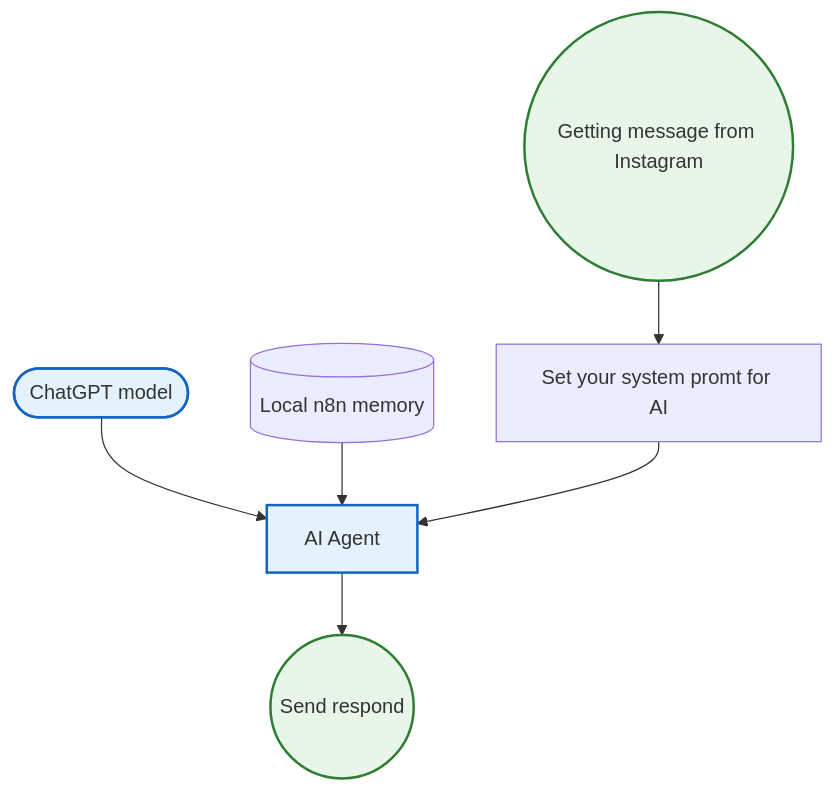
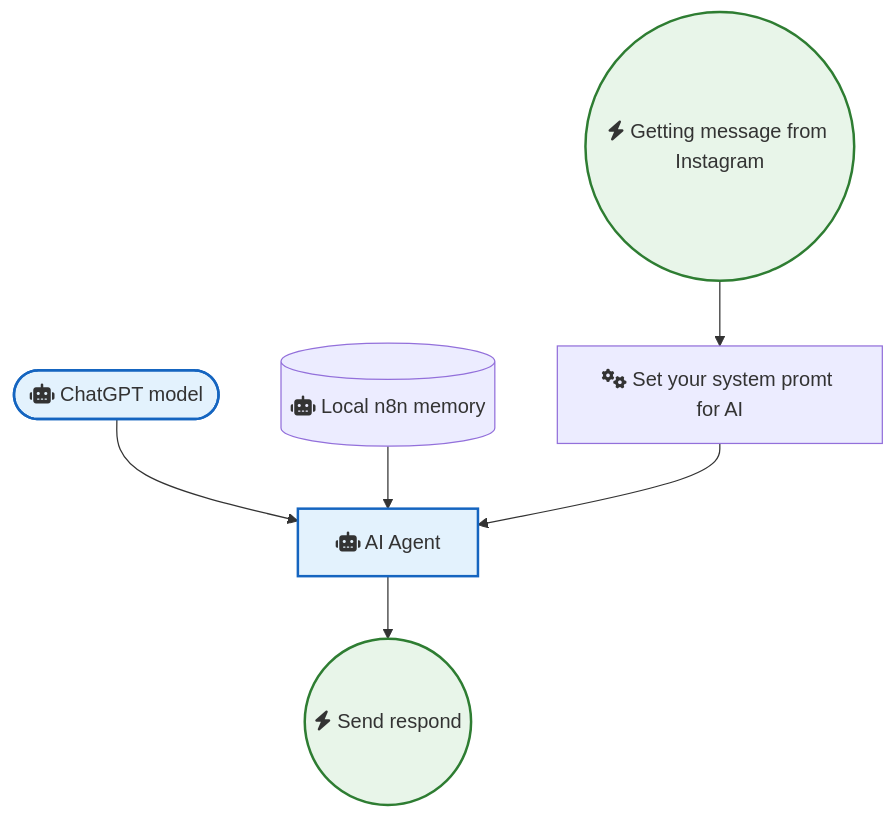
One commit to sreyash3105/N8N-DEMO-AUTOMATIONS changed the diagram in Instagram_Twitter_Social_Media/Instatest.md. Above: the diagram before and after it, drawn with Mermaid. The commit also changed 291 other files, not shown here.

````diff
--- a/Instagram_Twitter_Social_Media/Instatest.md
+++ b/Instagram_Twitter_Social_Media/Instatest.md
@@ -1,19 +1,19 @@
 ```mermaid
 graph TD
     classDef trigger fill:#e8f5e9,stroke:#2e7d32,stroke-width:2px;
     classDef ai fill:#e3f2fd,stroke:#1565c0,stroke-width:2px;
     classDef logic fill:#fff3e0,stroke:#ef6c00,stroke-width:2px;
 
-    Set_your_system_promt_for_AI["Set your system promt for AI"]
-    Local_n8n_memory[("Local n8n memory")]
-    ChatGPT_model(["ChatGPT model"]):::ai
-    Send_respond_(("Send respond ")):::trigger
-    Getting_message_from_Instagram(("Getting message from Instagram")):::trigger
-    AI_Agent["AI Agent"]:::ai
+    Set_your_system_promt_for_AI["fas:fa-cogs Set your system promt for AI"]
+    Local_n8n_memory[("fas:fa-robot Local n8n memory")]
+    ChatGPT_model(["fas:fa-robot ChatGPT model"]):::ai
+    Send_respond_(("fas:fa-bolt Send respond ")):::trigger
+    Getting_message_from_Instagram(("fas:fa-bolt Getting message from Instagram")):::trigger
+    AI_Agent["fas:fa-robot AI Agent"]:::ai
 
     AI_Agent --> Send_respond_
     ChatGPT_model --> AI_Agent
     Local_n8n_memory --> AI_Agent
     Set_your_system_promt_for_AI --> AI_Agent
     Getting_message_from_Instagram --> Set_your_system_promt_for_AI
 ```
````
